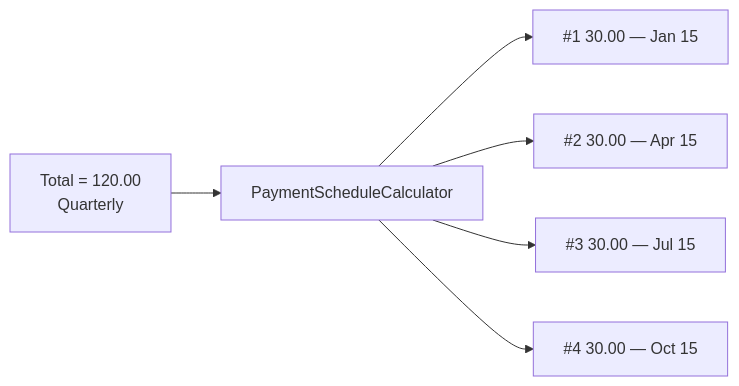
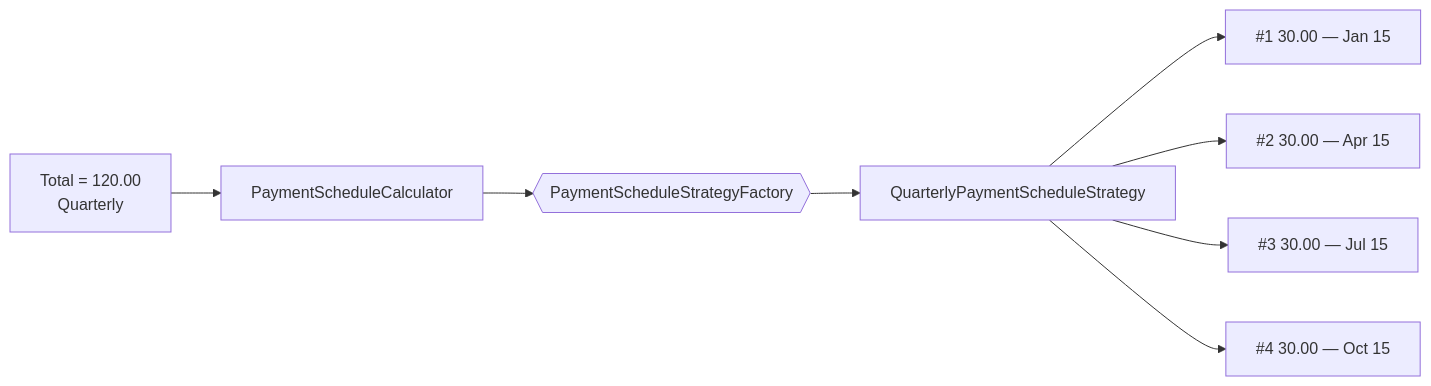
Before and after one commit to mnnam1302/EShop: the sixth of 13 diagrams in Finance/src/EShop.Finance.API/README.md, drawn with Mermaid. The commit also changed other lines of this file and 4 other files, not shown here.

````diff
--- a/Finance/src/EShop.Finance.API/README.md
+++ b/Finance/src/EShop.Finance.API/README.md
@@ -63,8 +178,10 @@
 ```mermaid
 flowchart LR
     T["Total = 120.00<br/>Quarterly"] --> C[PaymentScheduleCalculator]
-    C --> I1["#1 30.00 — Jan 15"]
-    C --> I2["#2 30.00 — Apr 15"]
-    C --> I3["#3 30.00 — Jul 15"]
-    C --> I4["#4 30.00 — Oct 15"]
+    C --> F{{PaymentScheduleStrategyFactory}}
+    F --> S[QuarterlyPaymentScheduleStrategy]
+    S --> I1["#1 30.00 — Jan 15"]
+    S --> I2["#2 30.00 — Apr 15"]
+    S --> I3["#3 30.00 — Jul 15"]
+    S --> I4["#4 30.00 — Oct 15"]
 ```
````
